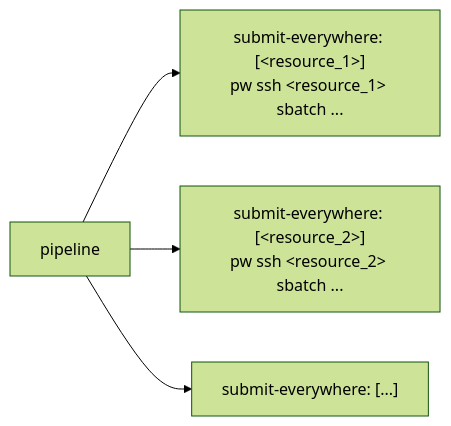
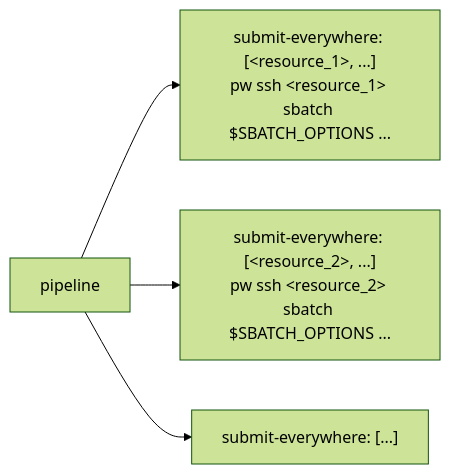
Before and after one commit to parallelworks/workflows: the third of 3 diagrams in workflows/gitlab/tutorial/README.md, drawn with Mermaid (forest theme). The commit also changed other lines of this file and 10 other files, not shown here.

Commit message:
gitlab: the form's SLURM options for every CI job become Jacamar's default_args, so pipeline files carry only a job's own options; tutorial and examples follow (per-system options in the pw example's matrix); checkout from the gitlab branch for testing

````diff
--- a/workflows/gitlab/tutorial/README.md
+++ b/workflows/gitlab/tutorial/README.md
@@ -224,6 +230,6 @@
 ```mermaid
 flowchart LR
-    p["pipeline"] --> a["submit-everywhere: [&lt;resource_1&gt;]<br/>pw ssh &lt;resource_1&gt; sbatch ..."]
-    p --> b["submit-everywhere: [&lt;resource_2&gt;]<br/>pw ssh &lt;resource_2&gt; sbatch ..."]
+    p["pipeline"] --> a["submit-everywhere: [&lt;resource_1&gt;, ...]<br/>pw ssh &lt;resource_1&gt; sbatch $SBATCH_OPTIONS ..."]
+    p --> b["submit-everywhere: [&lt;resource_2&gt;, ...]<br/>pw ssh &lt;resource_2&gt; sbatch $SBATCH_OPTIONS ..."]
     p --> c["submit-everywhere: [...]"]
 ```
````
